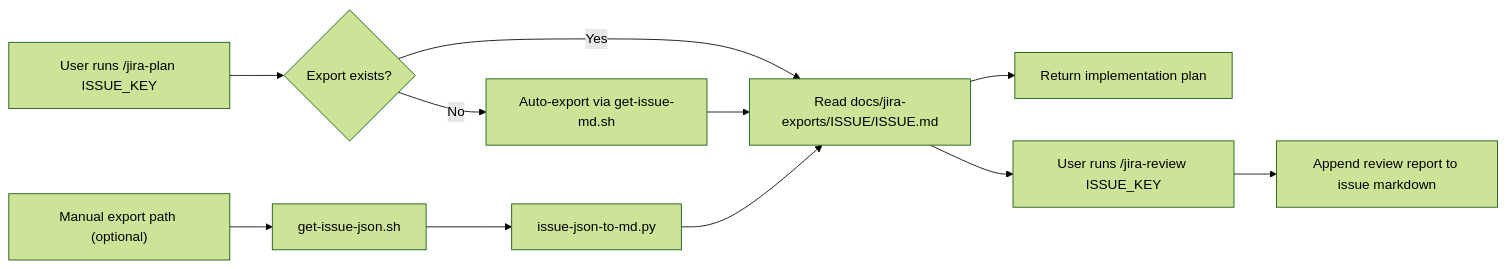
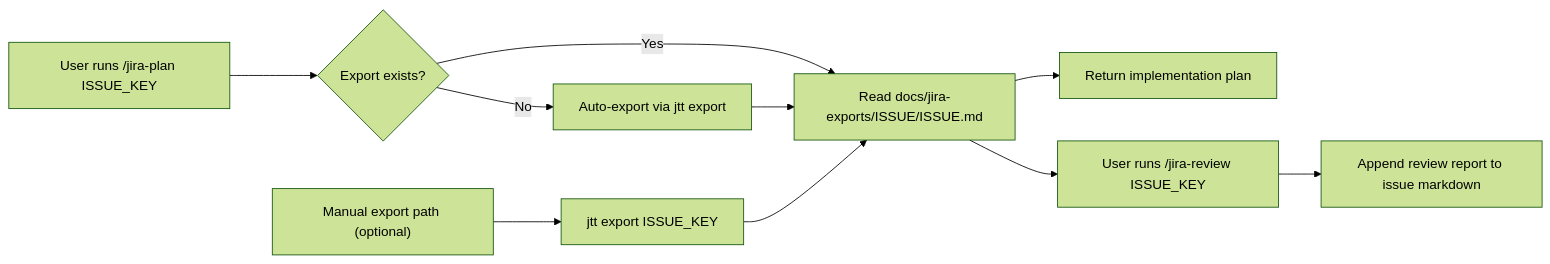
Before and after one commit to TannerTitlow/jira-ticket-tools: the diagram in README.md, drawn with Mermaid (forest theme). The commit also changed other lines of this file and 28 other files, not shown here.

````diff
--- a/README.md
+++ b/README.md
@@ -102,14 +98,13 @@
 ```mermaid
 flowchart LR
   A["User runs /jira-plan ISSUE_KEY"] --> B{"Export exists?"}
   B -- "Yes" --> C["Read docs/jira-exports/ISSUE/ISSUE.md"]
-  B -- "No" --> D["Auto-export via get-issue-md.sh"]
+  B -- "No" --> D["Auto-export via jtt export"]
   D --> C
   C --> E["Return implementation plan"]
   C --> F["User runs /jira-review ISSUE_KEY"]
   F --> G["Append review report to issue markdown"]
 
-  H["Manual export path (optional)"] --> I["get-issue-json.sh"]
-  I --> J["issue-json-to-md.py"]
-  J --> C
+  H["Manual export path (optional)"] --> I["jtt export ISSUE_KEY"]
+  I --> C
 ```
````
